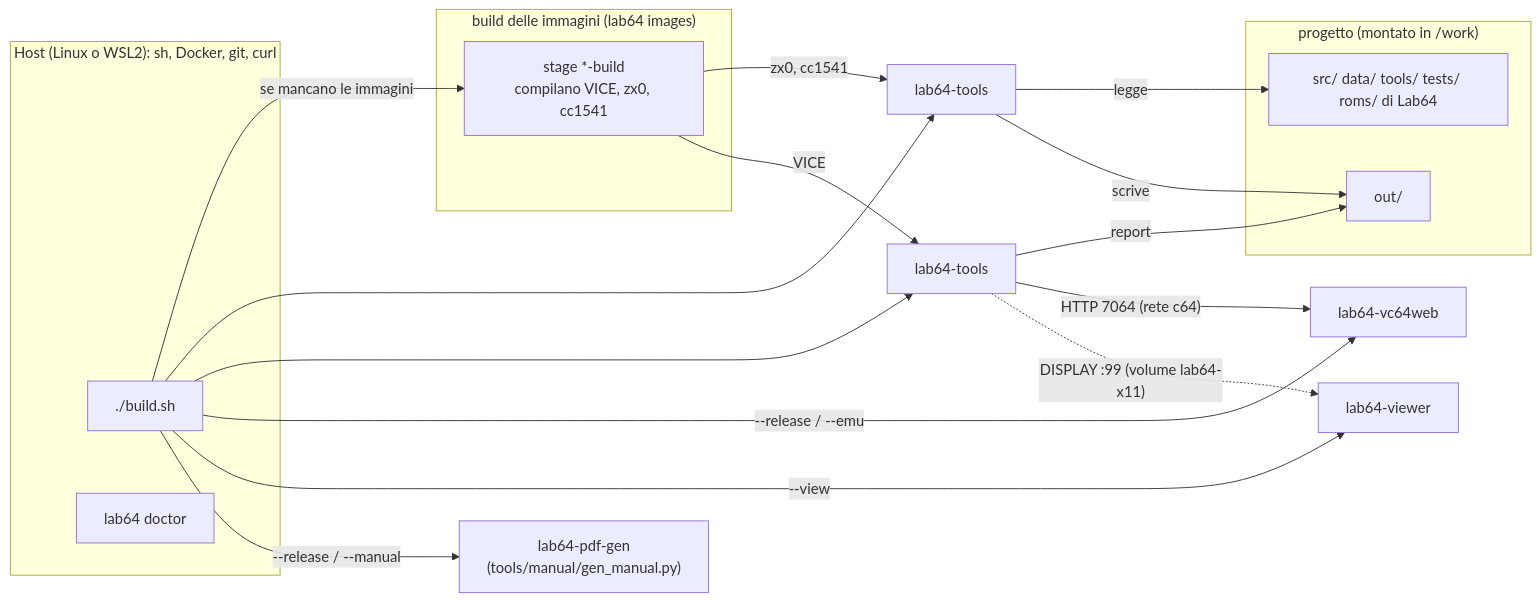
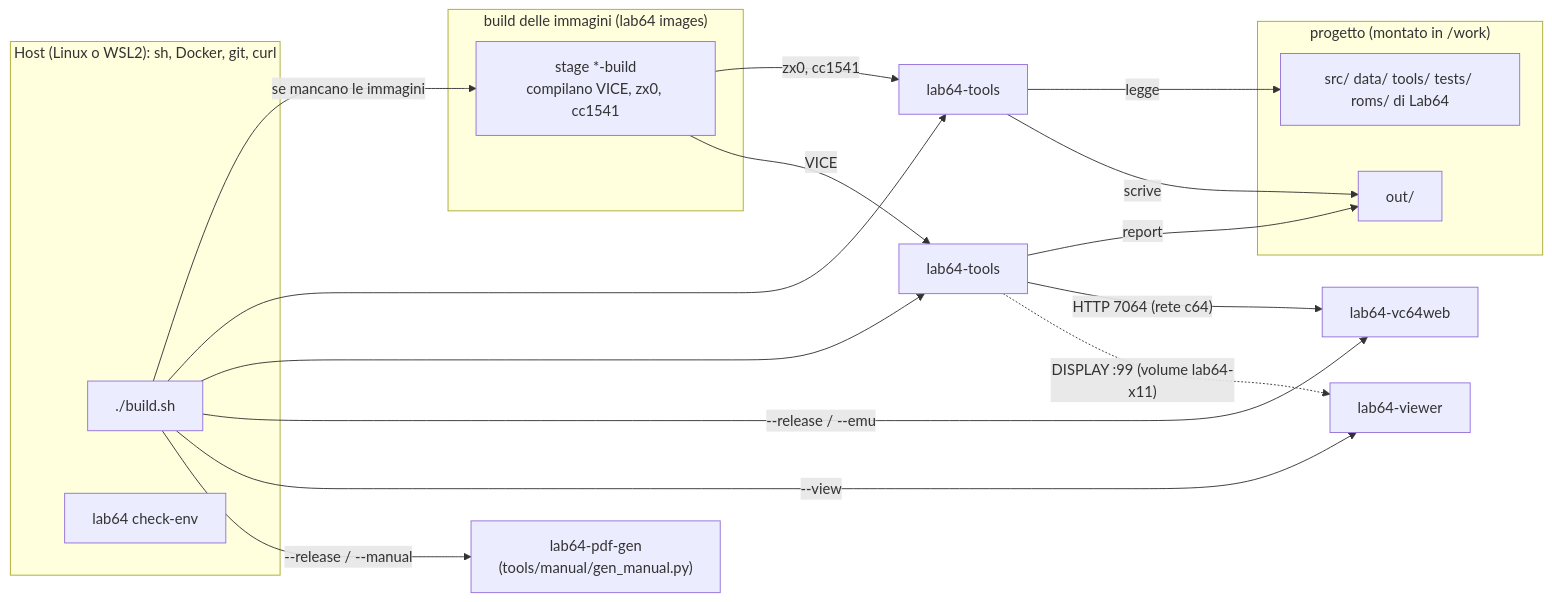
The first of 3 diagrams in docs/getting-started.md (caporalesimone/barbarian-the-blood-path), drawn with Mermaid before and after one commit. The commit also changed other lines of this file and 8 other files, not shown here.

First line of the commit message:
Lab64 1.2: pubblicazione generica, stack compose, check-env

````diff
--- a/docs/getting-started.md
+++ b/docs/getting-started.md
@@ -77,27 +79,27 @@
 ```mermaid
 flowchart LR
   subgraph host["Host (Linux o WSL2): sh, Docker, git, curl"]
     B["./build.sh"]
-    V["lab64 doctor"]
+    V["lab64 check-env"]
   end
   subgraph img["build delle immagini (lab64 images)"]
     TB["stage *-build<br/>compilano VICE, zx0, cc1541"]
   end
   subgraph proj["progetto (montato in /work)"]
     SRC["src/ data/ tools/ tests/ roms/ di Lab64"]
     OUT["out/"]
   end
   B -->|"se mancano le immagini"| TB
   TB -->|"zx0, cc1541"| BL
   TB -->|"VICE"| EV
   B --> BL["lab64-tools"]
   B --> EV["lab64-tools"]
   B -->|"--release / --emu"| EW["lab64-vc64web"]
   B -->|"--view"| VW["lab64-viewer"]
   B -->|"--release / --manual"| MA["lab64-pdf-gen<br/>(tools/manual/gen_manual.py)"]
   BL -->|"legge"| SRC
   BL -->|"scrive"| OUT
   EV -->|"report"| OUT
   EV -->|"HTTP 7064 (rete c64)"| EW
   EV -.->|"DISPLAY :99 (volume lab64-x11)"| VW
 ```
````
